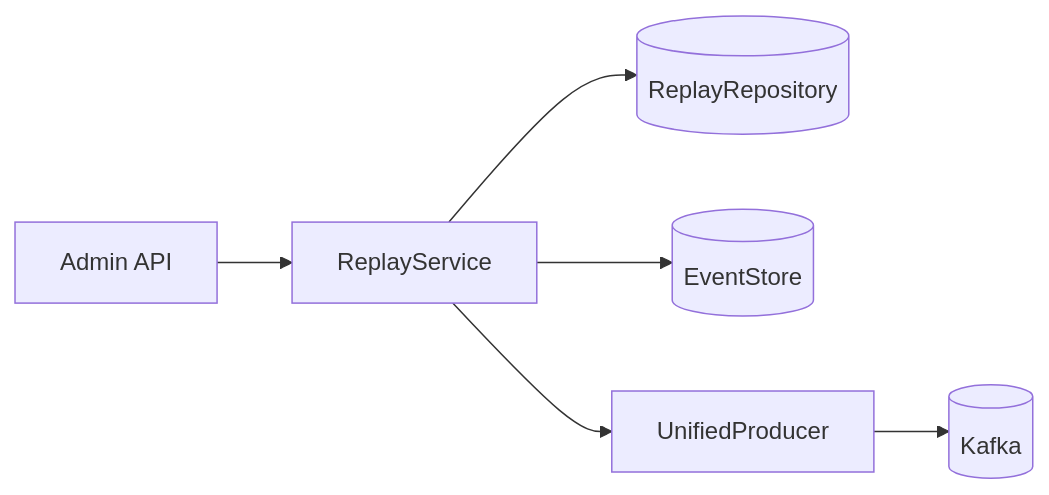
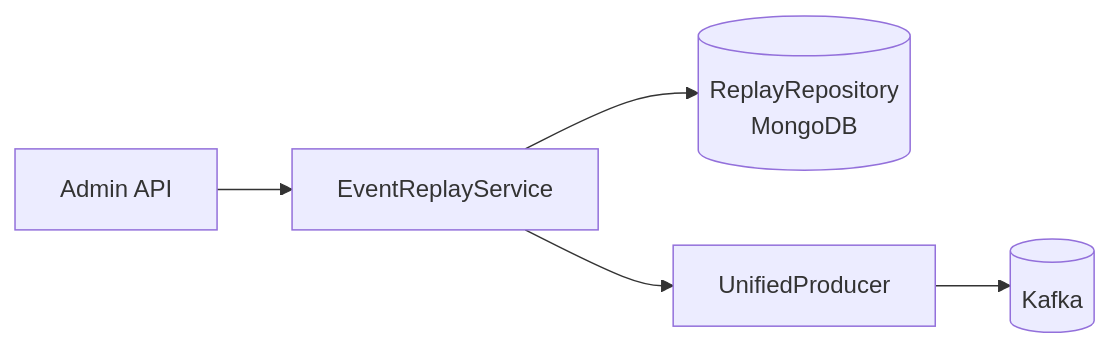
The second of 2 diagrams in docs/architecture/kafka-topic-architecture.md (HardMax71/Integr8sCode), drawn with Mermaid before and after one commit. The commit also changed other lines of this file and 304 other files, not shown here.

````diff
--- a/docs/architecture/kafka-topic-architecture.md
+++ b/docs/architecture/kafka-topic-architecture.md
@@ -108,8 +74,7 @@
 ```mermaid
 graph LR
-    Admin[Admin API] --> ReplayService
-    ReplayService --> ReplayRepo[(ReplayRepository)]
-    ReplayService --> EventStore[(EventStore)]
+    Admin[Admin API] --> ReplayService[EventReplayService]
+    ReplayService --> ReplayRepo[(ReplayRepository<br/>MongoDB)]
     ReplayService --> Producer[UnifiedProducer]
     Producer --> Kafka[(Kafka)]
 ```
````
